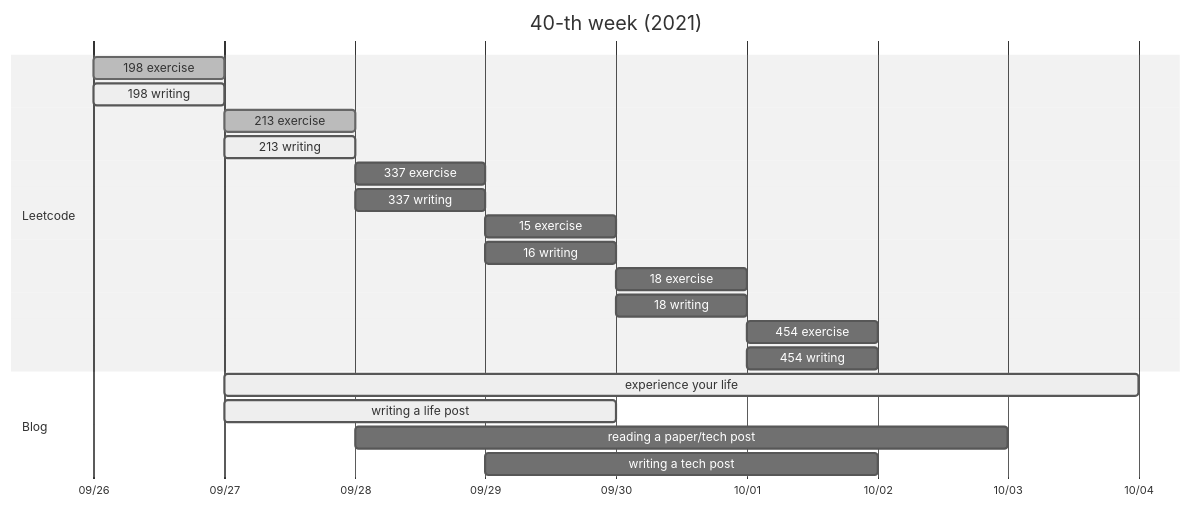
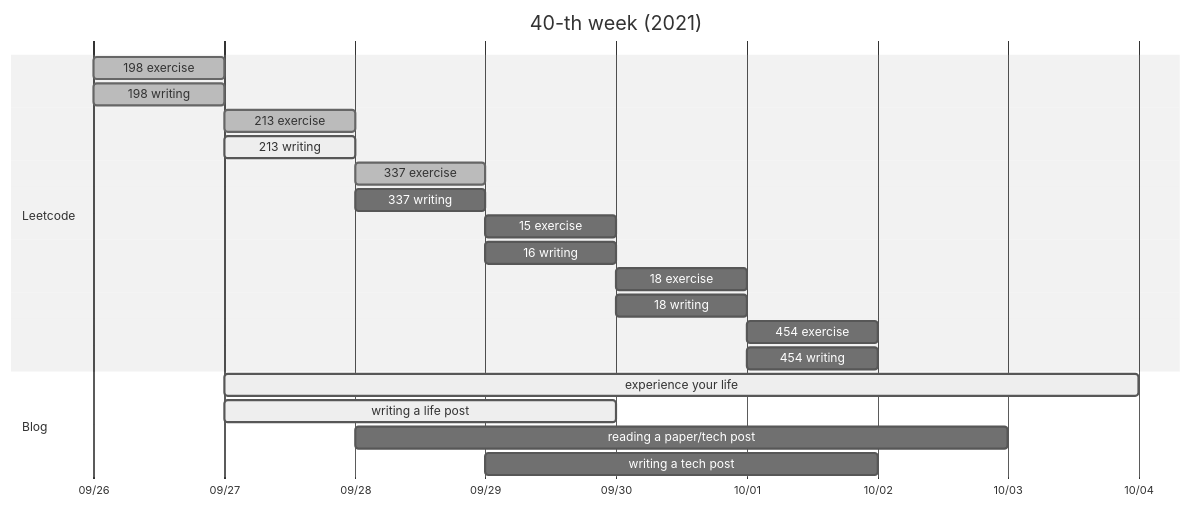
One commit to michaelmoju/allenyummy.github.io changed the diagram in _posts/2021-09-27-40th-weekly-progress.md. Above: the diagram before and after it, drawn with Mermaid (neutral theme). The commit also changed 1 other file, not shown here.

Commit message:
[init] 2021-09-28-198-house-robber.md

````diff
--- a/_posts/2021-09-27-40th-weekly-progress.md
+++ b/_posts/2021-09-27-40th-weekly-progress.md
@@ -23,26 +23,26 @@
 ```mermaid
 gantt
     title 40-th week (2021)
     dateFormat  YYYY-MM-DD
     axisFormat  %m/%d
 
     section Leetcode
     198 exercise       : done  , L1, 2021-09-26, 1d
-    198 writing        : active, L2, 2021-09-26, 1d
+    198 writing        : done  , L2, 2021-09-26, 1d
     213 exercise       : done  , L3, 2021-09-27, 1d
     213 writing        : active, L4, 2021-09-27, 1d
-    337 exercise       :         L5, 2021-09-28, 1d
+    337 exercise       : done  , L5, 2021-09-28, 1d
     337 writing        :         L6, 2021-09-28, 1d
     15  exercise       :         L7, 2021-09-29, 1d
     16  writing        :         L8, 2021-09-29, 1d
     18  exercise       :         L9, 2021-09-30, 1d
     18  writing        :         L10,2021-09-30, 1d
     454 exercise       :         L11,2021-10-01, 1d
     454 writing        :         L12,2021-10-01, 1d
 
     section Blog
     experience your life: active, B1, 2021-09-27, 7d
     writing a life post : active, B2, 2021-09-27, 3d
     reading a paper/tech post:    B3, 2021-09-28, 5d
     writing a tech post :         B4, 2021-09-29, 3d
 ```
````
